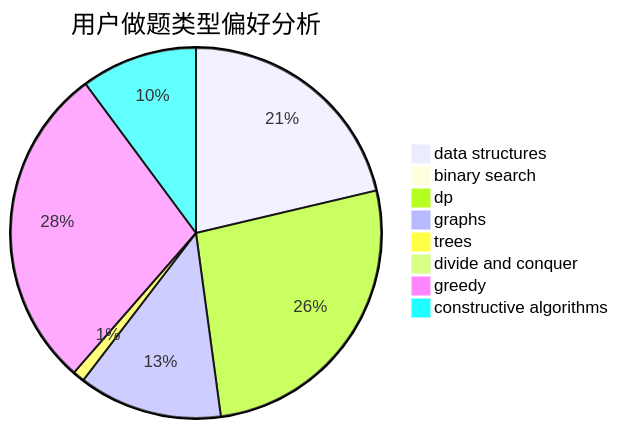
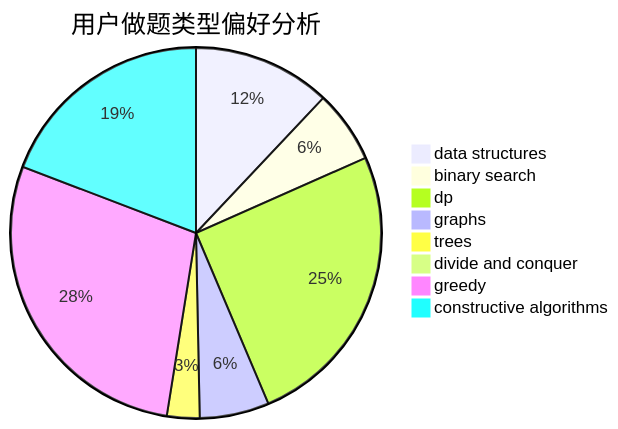
Before and after one commit to sherpahu/cfrs.github.io: the second of 3 diagrams in docs/user/u467.md, drawn with Mermaid. The commit also changed other lines of this file and 2770 other files, not shown here.

````diff
--- a/docs/user/u467.md
+++ b/docs/user/u467.md
@@ -23,11 +23,11 @@
 ```mermaid
 pie title 用户做题类型偏好分析
-    "data structures" :  372
-    "binary search" :  5
-    "dp" :  463
-    "graphs" :  219
-    "trees" :  18
-    "divide and conquer" :  0
-    "greedy" :  496
-    "constructive algorithms" :  177
+    "data structures" :  131
+    "binary search" :  69
+    "dp" :  275
+    "graphs" :  66
+    "trees" :  31
+    "divide and conquer" :  10
+    "greedy" :  308
+    "constructive algorithms" :  209
 ```
````
